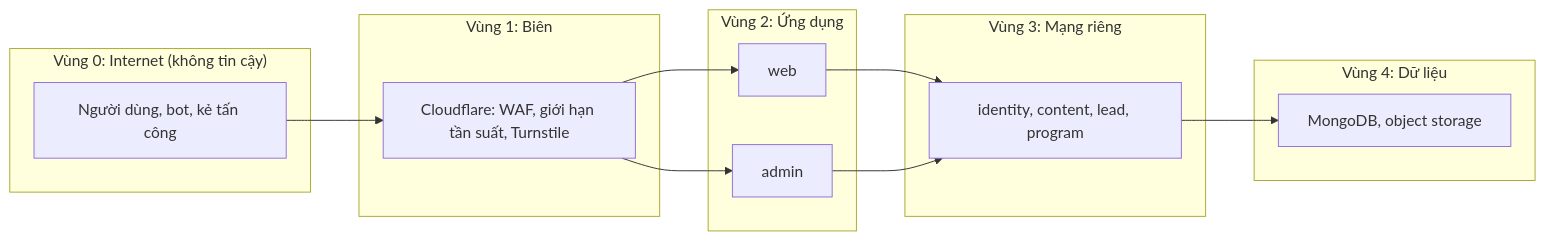
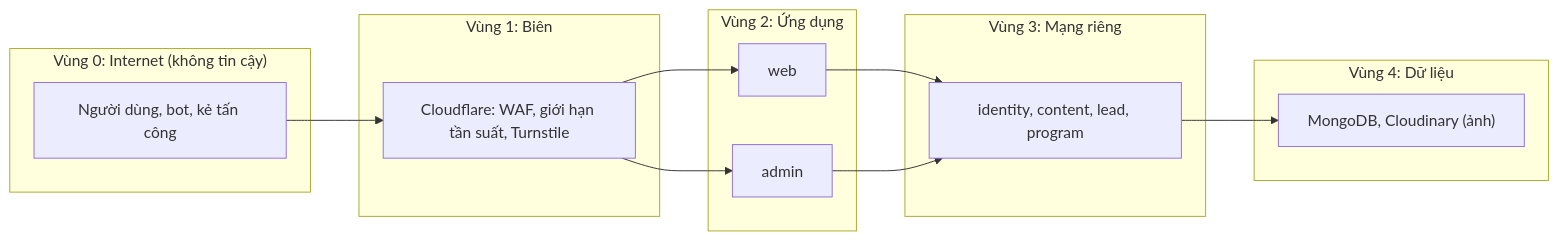
The sixth of 7 diagrams in docs/02-kien-truc.md (vctrong/lavieco), drawn with Mermaid before and after one commit. The commit also changed other lines of this file and 12 other files, not shown here.

````diff
--- a/docs/02-kien-truc.md
+++ b/docs/02-kien-truc.md
@@ -465,24 +469,24 @@
 ```mermaid
 flowchart LR
   subgraph z0["Vùng 0: Internet (không tin cậy)"]
     u["Người dùng, bot, kẻ tấn công"]
   end
   subgraph z1["Vùng 1: Biên"]
     e["Cloudflare: WAF, giới hạn tần suất, Turnstile"]
   end
   subgraph z2["Vùng 2: Ứng dụng"]
     w["web"]
     a["admin"]
   end
   subgraph z3["Vùng 3: Mạng riêng"]
     s["identity, content, lead, program"]
   end
   subgraph z4["Vùng 4: Dữ liệu"]
-    d["MongoDB, object storage"]
+    d["MongoDB, Cloudinary (ảnh)"]
   end
   u --> e --> w
   e --> a
   w --> s
   a --> s
   s --> d
 ```
````
